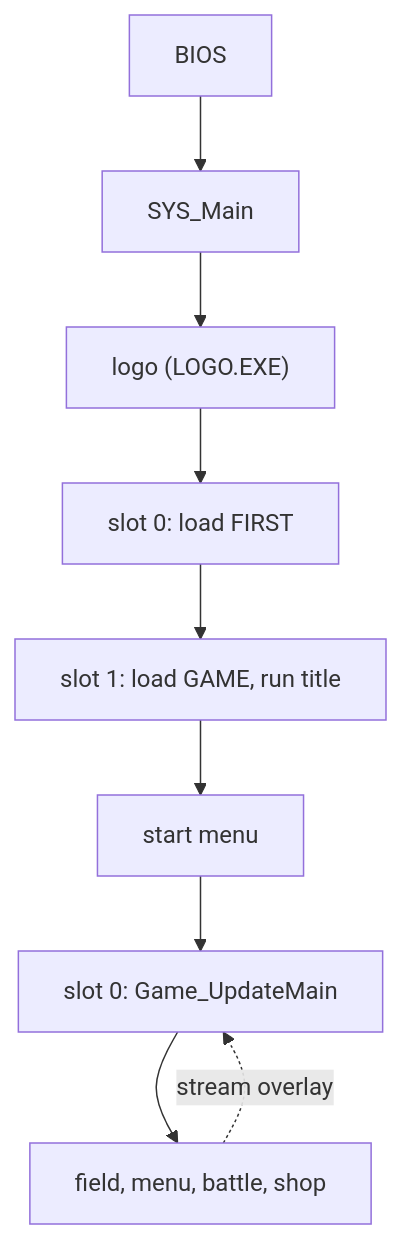
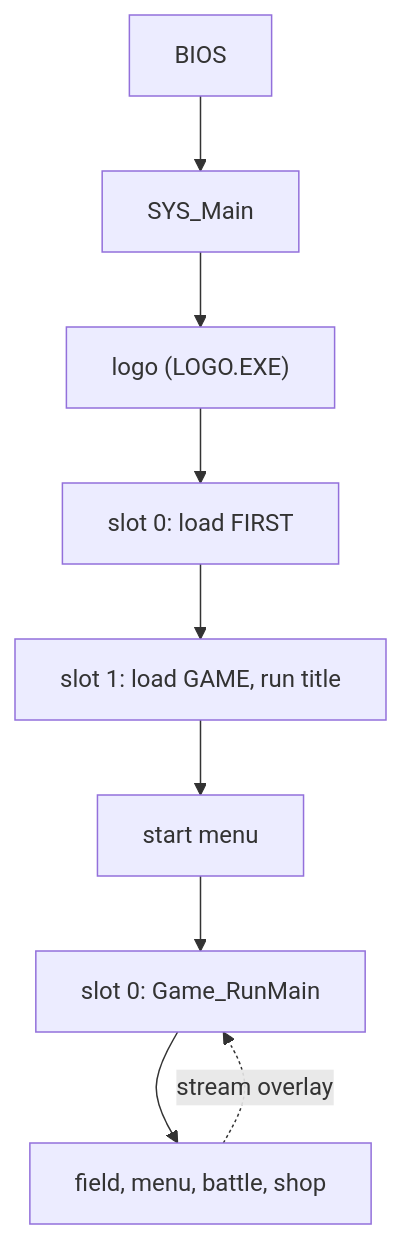
The diagram in src/content/docs/concepts/architecture.md (raulcorreia7/bof3-wiki), drawn with Mermaid before and after one commit. The commit also changed other lines of this file and 34 other files, not shown here.

````diff
--- a/src/content/docs/concepts/architecture.md
+++ b/src/content/docs/concepts/architecture.md
@@ -18,11 +18,11 @@
 ```mermaid
 flowchart TD
     bios["BIOS"] --> main["SYS_Main"]
     main --> logo["logo (LOGO.EXE)"]
     logo --> first["slot 0: load FIRST"]
     first --> game["slot 1: load GAME, run title"]
     game --> menu["start menu"]
-    menu --> loop["slot 0: Game_UpdateMain"]
+    menu --> loop["slot 0: Game_RunMain"]
     loop --> field["field, menu, battle, shop"]
     field -. "stream overlay" .-> loop
 ```
````
